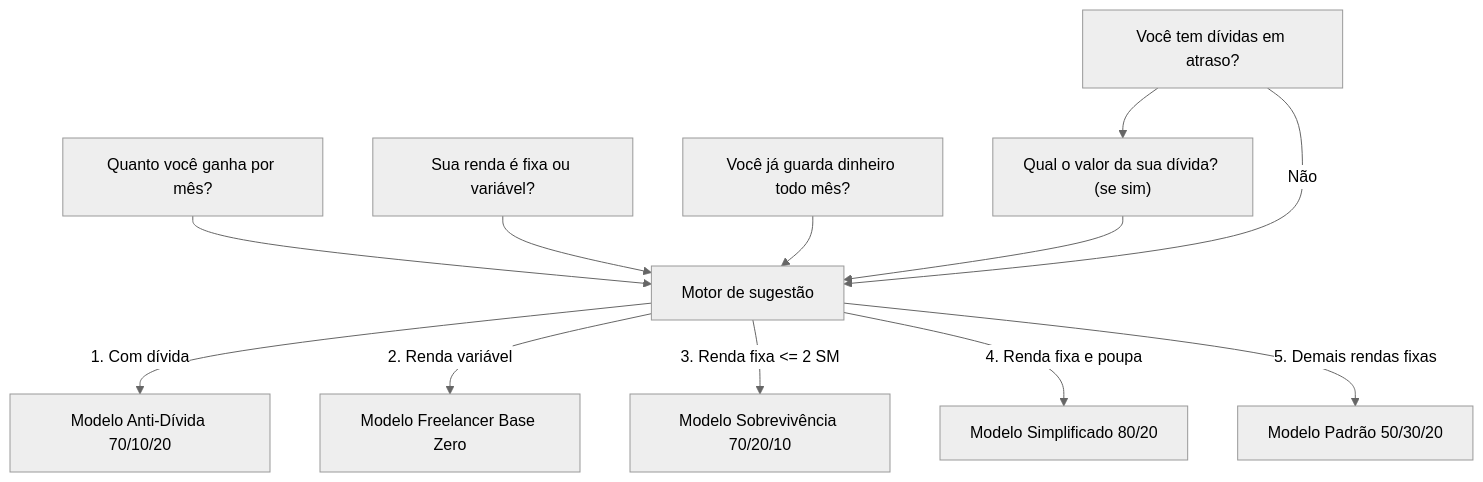
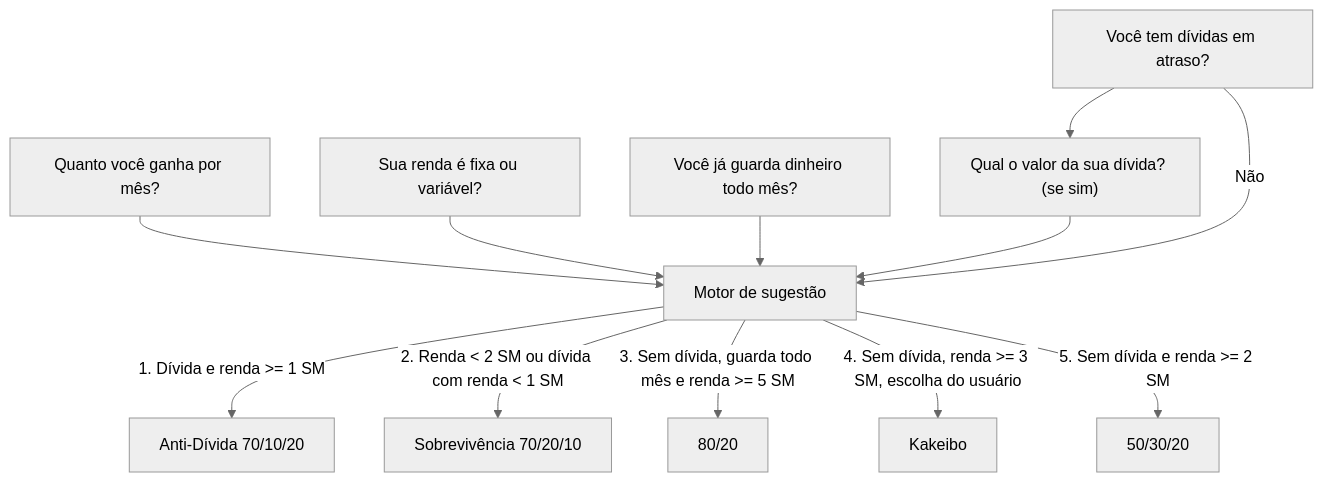
One commit to luizaleblanc/organiza-ai changed the sixth of 6 diagrams in docs/DATA_MODEL.md. Above: the diagram before and after it, drawn with Mermaid (neutral theme). The commit also changed other lines of this file and 6 other files, not shown here.

Commit message:
feat(budget): restringir aos 5 modelos oficiais com pisos de salario minimo e remover Base Zero

````diff
--- a/docs/DATA_MODEL.md
+++ b/docs/DATA_MODEL.md
@@ -122,14 +122,14 @@
 ```mermaid
 flowchart TD
     A["Quanto você ganha por mês?"] --> D[Motor de sugestão]
     B["Sua renda é fixa ou variável?"] --> D
     C["Você tem dívidas em atraso?"] --> C2["Qual o valor da sua dívida? (se sim)"]
     S["Você já guarda dinheiro todo mês?"] --> D
     C2 --> D
     C -->|Não| D
-    D -->|1. Com dívida| F[Modelo Anti-Dívida 70/10/20]
-    D -->|2. Renda variável| E[Modelo Freelancer Base Zero]
-    D -->|3. Renda fixa <= 2 SM| G[Modelo Sobrevivência 70/20/10]
-    D -->|4. Renda fixa e poupa| P[Modelo Simplificado 80/20]
-    D -->|5. Demais rendas fixas| H[Modelo Padrão 50/30/20]
+    D -->|1. Dívida e renda >= 1 SM| F[Anti-Dívida 70/10/20]
+    D -->|2. Renda < 2 SM ou dívida com renda < 1 SM| G[Sobrevivência 70/20/10]
+    D -->|3. Sem dívida, guarda todo mês e renda >= 5 SM| P[80/20]
+    D -->|4. Sem dívida, renda >= 3 SM, escolha do usuário| K[Kakeibo]
+    D -->|5. Sem dívida e renda >= 2 SM| H[50/30/20]
 ```
````
